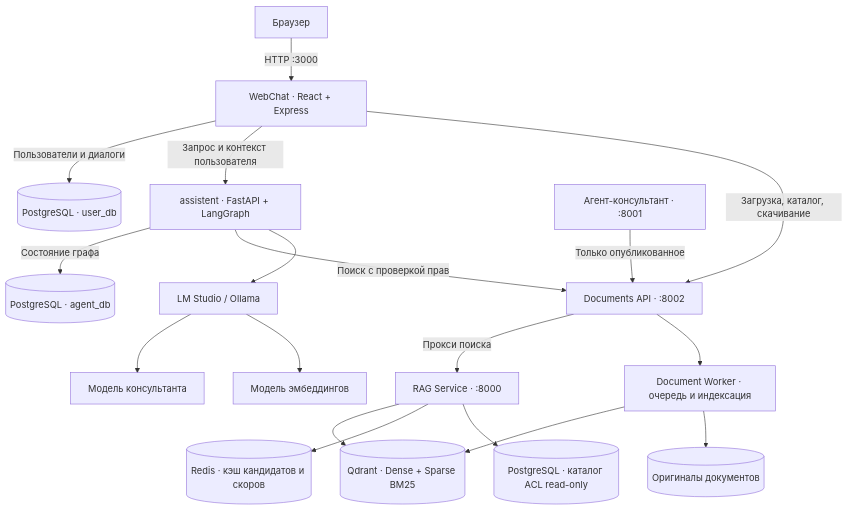
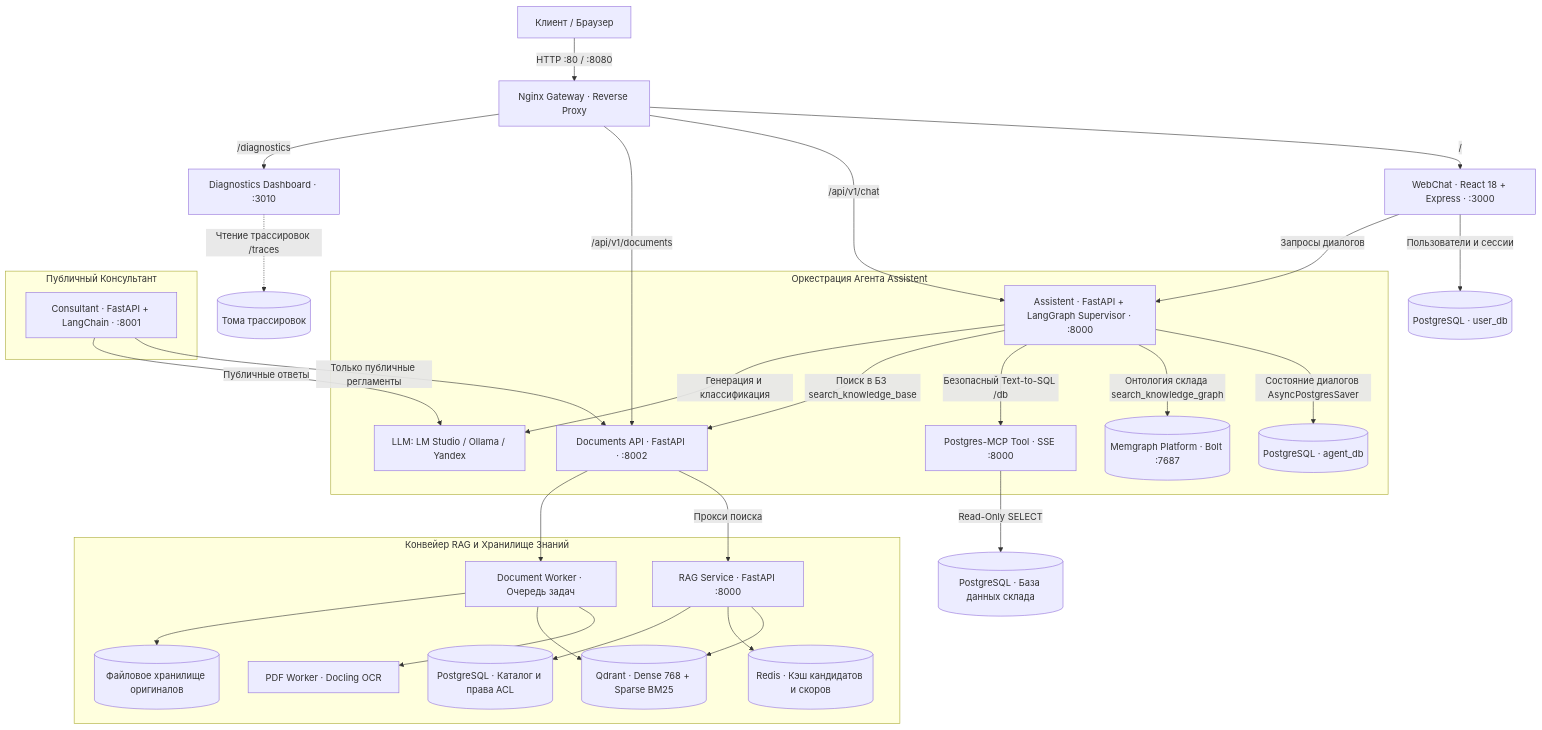
The diagram in README.md (kanl222/VIIO), drawn with Mermaid before and after one commit. The commit also changed other lines of this file and 45 other files, not shown here.

Commit message:
feat(rag): enhance live agent testing, diagnostics, and update monorepo architecture docs

````diff
--- a/README.md
+++ b/README.md
@@ -40,20 +42,39 @@
 ```mermaid
 flowchart TD
-    Browser[Браузер] -->|HTTP :3000| WebChat[WebChat · React + Express]
-    WebChat -->|Пользователи и диалоги| UserDB[(PostgreSQL · user_db)]
-    WebChat -->|Запрос и контекст пользователя| API[assistent · FastAPI + LangGraph]
-    API -->|Состояние графа| AgentDB[(PostgreSQL · agent_db)]
-    API -->|Поиск с проверкой прав| Documents[Documents API · :8002]
-    Documents -->|Прокси поиска| RAG[RAG Service · :8000]
-    Consultant[Агент-консультант · :8001] -->|Только опубликованное| Documents
-    WebChat -->|Загрузка, каталог, скачивание| Documents
-    RAG --> Qdrant[(Qdrant · Dense + Sparse BM25)]
-    RAG --> Redis[(Redis · кэш кандидатов и скоров)]
-    RAG --> PostgresRead[(PostgreSQL · каталог ACL read-only)]
-    Documents --> Worker[Document Worker · очередь и индексация]
-    Worker --> Qdrant
-    Worker --> Files[(Оригиналы документов)]
-    API --> Models[LM Studio / Ollama]
-    Models --> Chat[Модель консультанта]
-    Models --> Embeddings[Модель эмбеддингов]
+    Client[Клиент / Браузер] -->|HTTP :80 / :8080| Gateway[Nginx Gateway · Reverse Proxy]
+    
+    Gateway -->|/| WebChat[WebChat · React 18 + Express · :3000]
+    Gateway -->|/api/v1/chat| Assistent[Assistent · FastAPI + LangGraph Supervisor · :8000]
+    Gateway -->|/api/v1/documents| Documents[Documents API · FastAPI · :8002]
+    Gateway -->|/diagnostics| Diagnostics[Diagnostics Dashboard · :3010]
+
+    WebChat -->|Пользователи и сессии| UserDB[(PostgreSQL · user_db)]
+    WebChat -->|Запросы диалогов| Assistent
+
+    subgraph AgentRuntime [Оркестрация Агента Assistent]
+        Assistent -->|Состояние диалогов AsyncPostgresSaver| AgentDB[(PostgreSQL · agent_db)]
+        Assistent -->|Онтология склада search_knowledge_graph| Memgraph[(Memgraph Platform · Bolt :7687)]
+        Assistent -->|Безопасный Text-to-SQL /db| PostgresMCP[Postgres-MCP Tool · SSE :8000]
+        Assistent -->|Поиск в БЗ search_knowledge_base| Documents
+        Assistent -->|Генерация и классификация| LLM[LLM: LM Studio / Ollama / Yandex]
+    end
+
+    subgraph ConsultantRuntime [Публичный Консультант]
+        Consultant[Consultant · FastAPI + LangChain · :8001] -->|Только публичные регламенты| Documents
+        Consultant -->|Публичные ответы| LLM
+    end
+
+    subgraph RAGPipeline [Конвейер RAG и Хранилище Знаний]
+        Documents -->|Прокси поиска| RAG[RAG Service · FastAPI :8000]
+        RAG --> Qdrant[(Qdrant · Dense 768 + Sparse BM25)]
+        RAG --> Redis[(Redis · Кэш кандидатов и скоров)]
+        RAG --> PostgresACL[(PostgreSQL · Каталог и права ACL)]
+        Documents --> DocWorker[Document Worker · Очередь задач]
+        DocWorker --> PDFWorker[PDF Worker · Docling OCR]
+        DocWorker --> Qdrant
+        DocWorker --> FileStorage[(Файловое хранилище оригиналов)]
+    end
+
+    PostgresMCP -->|Read-Only SELECT| WarehouseDB[(PostgreSQL · База данных склада)]
+    Diagnostics -.->|Чтение трассировок /traces| TraceVolumes[(Тома трассировок)]
 ```
````
